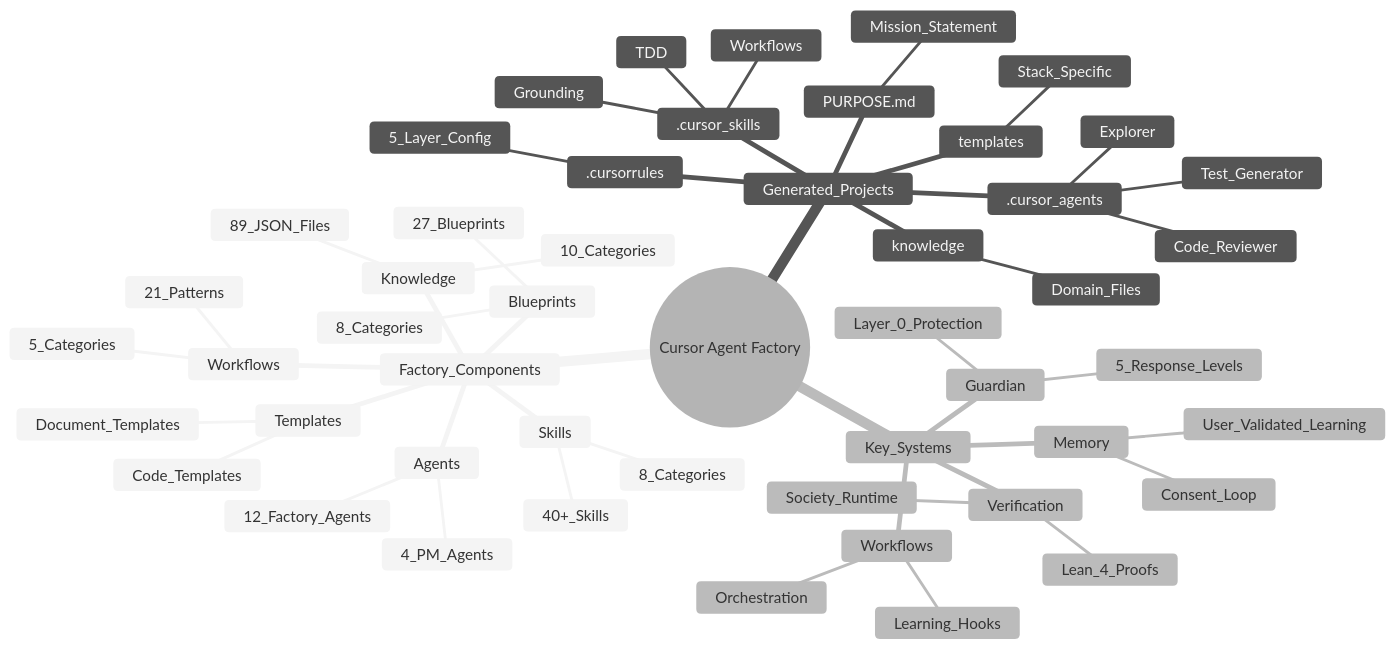
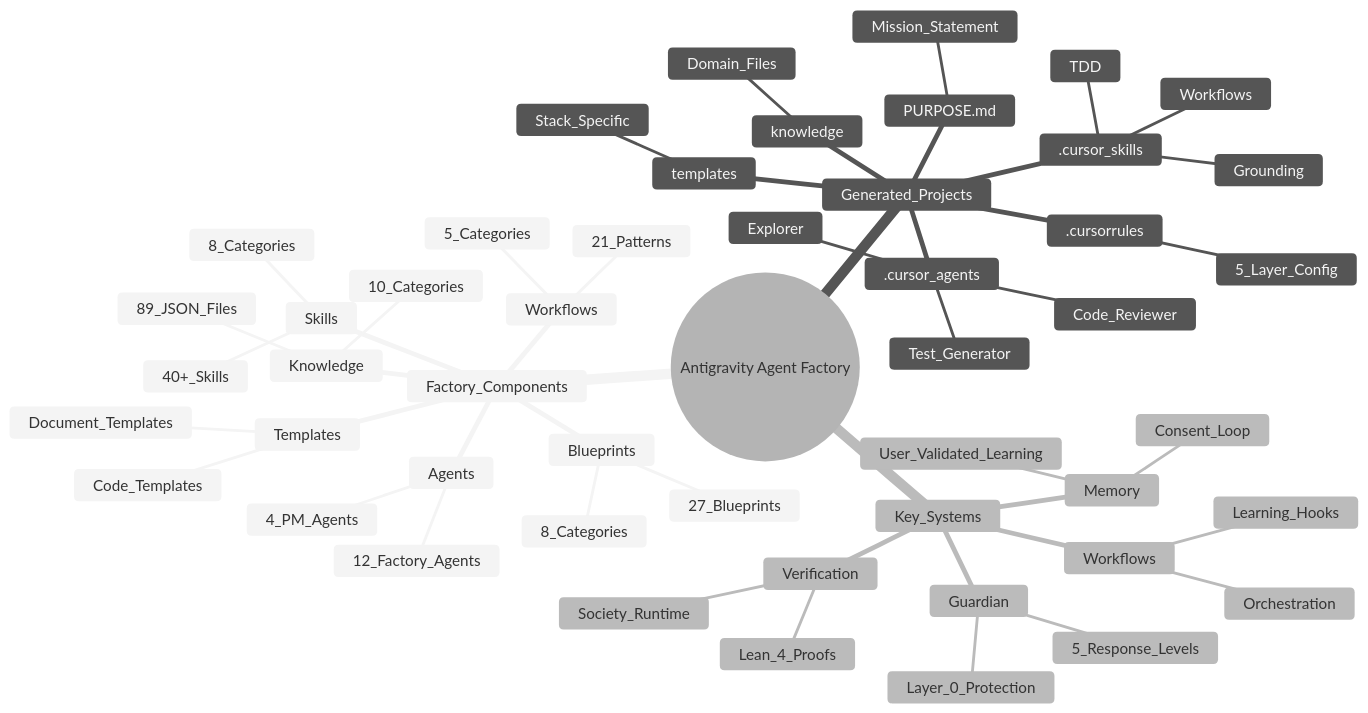
One commit to gitwalter/antigravity-agent-factory changed the first of 12 diagrams in diagrams/mindmaps.md. Above: the diagram before and after it, drawn with Mermaid. The commit also changed other lines of this file and 950 other files, not shown here.

First line of the commit message:
refactor(skills): mass schema injection and participle renaming (AGENT-35)

````diff
--- a/diagrams/mindmaps.md
+++ b/diagrams/mindmaps.md
@@ -30,54 +30,54 @@
 ```mermaid
 %%{init: {'theme': 'neutral'}}%%
 mindmap
-  root((Cursor Agent Factory))
+  root((Antigravity Agent Factory))
     Factory_Components
       Agents
         12_Factory_Agents
         4_PM_Agents
       Skills
         40+_Skills
         8_Categories
       Knowledge
         89_JSON_Files
         10_Categories
       Blueprints
         27_Blueprints
         8_Categories
       Templates
         Code_Templates
         Document_Templates
       Workflows
         21_Patterns
         5_Categories
     Generated_Projects
       .cursorrules
         5_Layer_Config
       PURPOSE.md
         Mission_Statement
       .cursor_agents
         Code_Reviewer
         Test_Generator
         Explorer
       .cursor_skills
         TDD
         Grounding
         Workflows
       knowledge
         Domain_Files
       templates
         Stack_Specific
     Key_Systems
       Guardian
         Layer_0_Protection
         5_Response_Levels
       Memory
         User_Validated_Learning
         Consent_Loop
       Verification
         Lean_4_Proofs
         Society_Runtime
       Workflows
         Orchestration
         Learning_Hooks
 ```
````
